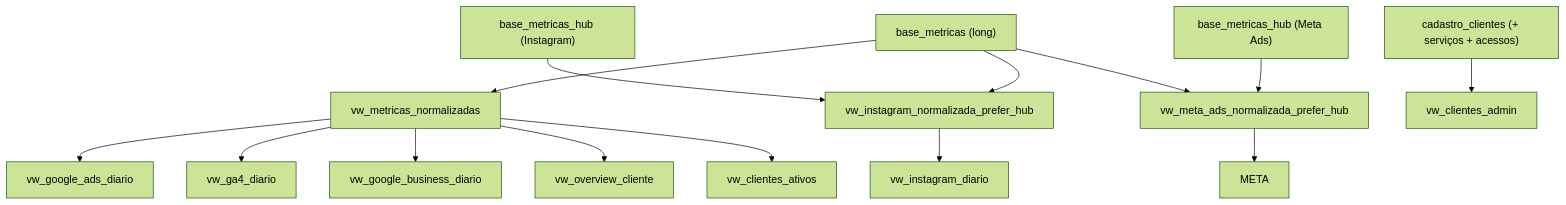
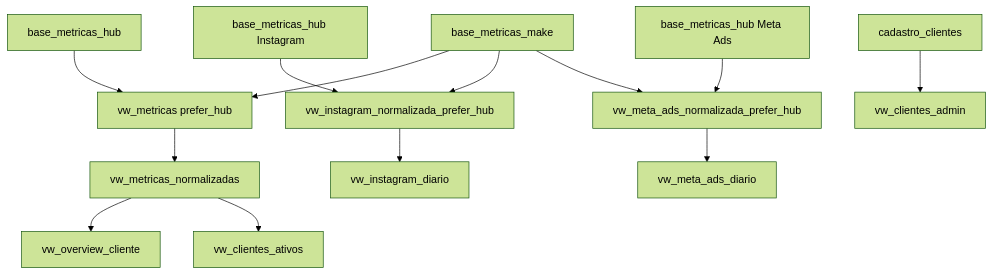
The diagram in docs/04-database/views.md (Lots-BI/supabase-magic-portal), drawn with Mermaid (forest theme) before and after one commit. The commit also changed other lines of this file and 85 other files, not shown here.

First line of the commit message:
feat: Hub noturno, overview prefer_hub e conversões Meta

````diff
--- a/docs/04-database/views.md
+++ b/docs/04-database/views.md
@@ -23,16 +23,15 @@
 ```mermaid
 flowchart TD
-    BM["base_metricas (long)"] --> N["vw_metricas_normalizadas"]
-    N --> GADS["vw_google_ads_diario"]
-    N --> GA4["vw_ga4_diario"]
-    N --> GBP["vw_google_business_diario"]
+    BM["base_metricas_make"] --> VM["vw_metricas prefer_hub"]
+    HUB["base_metricas_hub"] --> VM
+    VM --> N["vw_metricas_normalizadas"]
     N --> OV["vw_overview_cliente"]
     N --> AT["vw_clientes_ativos"]
-    HUBIG["base_metricas_hub (Instagram)"] --> PH["vw_instagram_normalizada_prefer_hub"]
+    HUBIG["base_metricas_hub Instagram"] --> PH["vw_instagram_normalizada_prefer_hub"]
     BM --> PH
     PH --> IG["vw_instagram_diario"]
-    HUBMETA["base_metricas_hub (Meta Ads)"] --> PHM["vw_meta_ads_normalizada_prefer_hub"]
+    HUBMETA["base_metricas_hub Meta Ads"] --> PHM["vw_meta_ads_normalizada_prefer_hub"]
     BM --> PHM
-    PHM --> META
-    CAD["cadastro_clientes (+ serviços + acessos)"] --> ADM["vw_clientes_admin"]
+    PHM --> META["vw_meta_ads_diario"]
+    CAD["cadastro_clientes"] --> ADM["vw_clientes_admin"]
 ```
````
